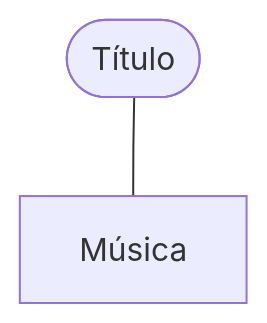
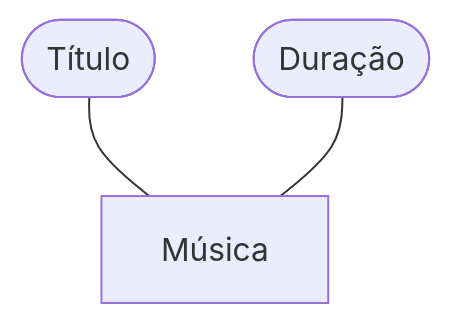
One commit to iagorosa28/sistema_de_streaming_de_musica_banco_de_dados changed the diagram in README.md. Above: the diagram before and after it, drawn with Mermaid.

````diff
--- a/README.md
+++ b/README.md
@@ -15,4 +15,5 @@
 ```mermaid
 graph TD;
    A([Título]) --- B[Música]
+   C([Duração]) --- B[Música]
 ```
````
